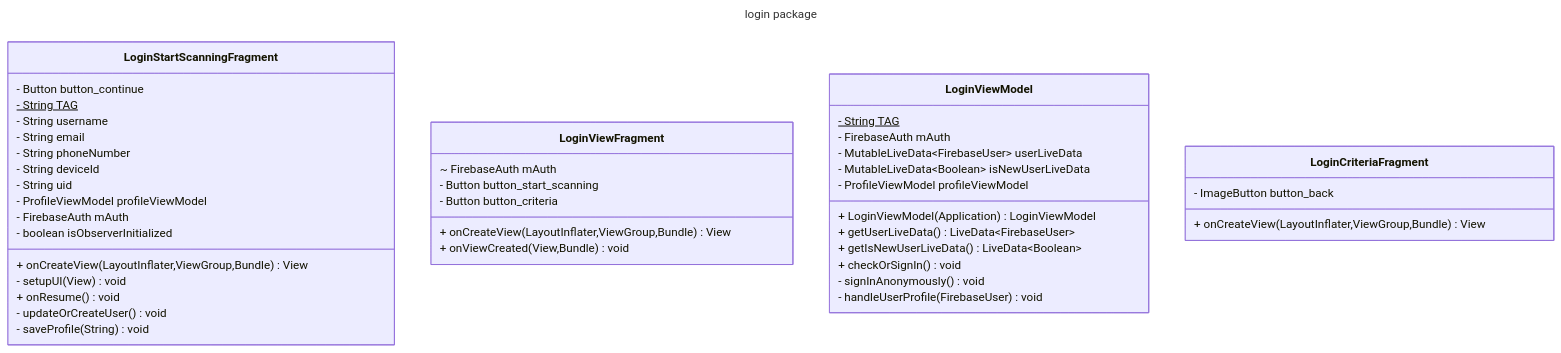
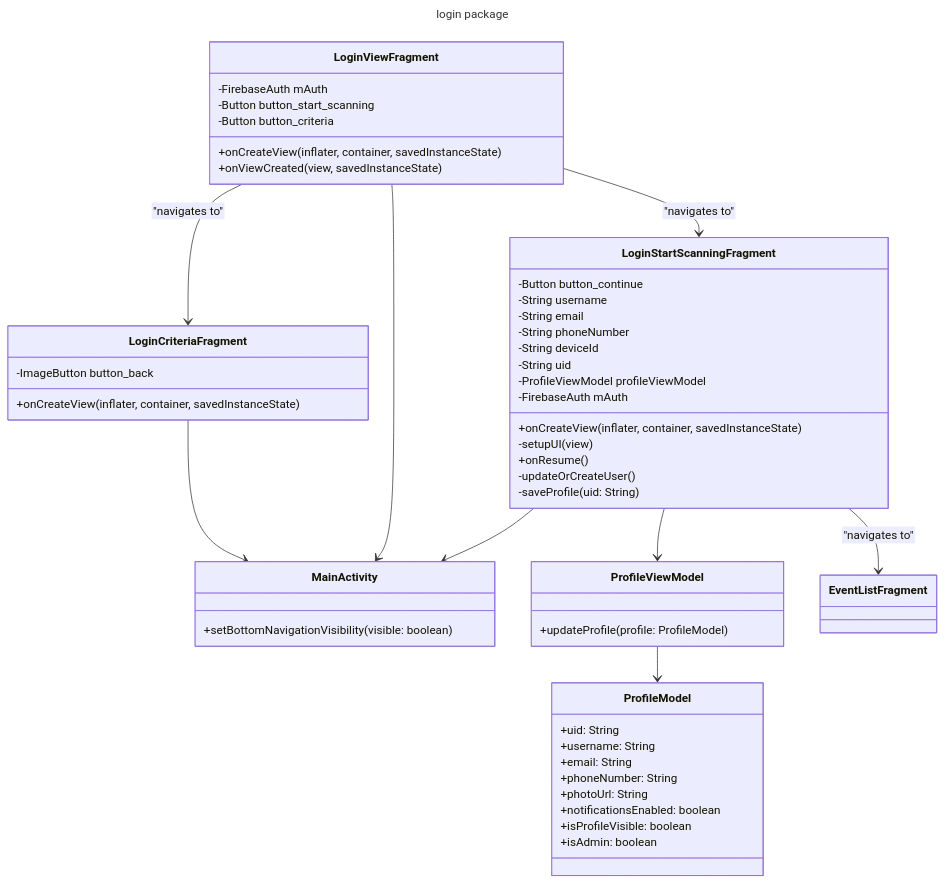
Before and after one commit to CMPUT301F25rocket/rocket-radar: the diagram in doc/uml/login.mmd, drawn with Mermaid.

Commit message:
docs: login.mmd

```diff
--- a/doc/uml/login.mmd
+++ b/doc/uml/login.mmd
@@ -1,51 +1,69 @@
 ---
 title: login package
 config:
   htmlLabels: false
 ---
 
 classDiagram
-class LoginStartScanningFragment { 
-- Button button_continue
-- String TAG$
-- String username
-- String email
-- String phoneNumber
-- String deviceId
-- String uid
-- ProfileViewModel profileViewModel
-- FirebaseAuth mAuth
-- boolean isObserverInitialized
-+ onCreateView(LayoutInflater,ViewGroup,Bundle) View 
-- setupUI(View) void 
-+ onResume() void 
-- updateOrCreateUser() void 
-- saveProfile(String) void 
-}
+    direction TB
 
-class LoginViewFragment { 
-~ FirebaseAuth mAuth
-- Button button_start_scanning
-- Button button_criteria
-+ onCreateView(LayoutInflater,ViewGroup,Bundle) View 
-+ onViewCreated(View,Bundle) void 
-}
+    class MainActivity {
+        +setBottomNavigationVisibility(visible: boolean)
+    }
 
-class LoginViewModel { 
-- String TAG$
-- FirebaseAuth mAuth
-- MutableLiveData~FirebaseUser~ userLiveData
-- MutableLiveData~Boolean~ isNewUserLiveData
-- ProfileViewModel profileViewModel
-+ LoginViewModel(Application) LoginViewModel 
-+ getUserLiveData() LiveData~FirebaseUser~ 
-+ getIsNewUserLiveData() LiveData~Boolean~ 
-+ checkOrSignIn() void 
-- signInAnonymously() void 
-- handleUserProfile(FirebaseUser) void 
-}
+    class LoginViewFragment {
+        -FirebaseAuth mAuth
+        -Button button_start_scanning
+        -Button button_criteria
+        +onCreateView(inflater, container, savedInstanceState)
+        +onViewCreated(view, savedInstanceState)
+    }
 
-class LoginCriteriaFragment { 
-- ImageButton button_back
-+ onCreateView(LayoutInflater,ViewGroup,Bundle) View 
-}
+    class LoginCriteriaFragment {
+        -ImageButton button_back
+        +onCreateView(inflater, container, savedInstanceState)
+    }
+
+    class LoginStartScanningFragment {
+        -Button button_continue
+        -String username
+        -String email
+        -String phoneNumber
+        -String deviceId
+        -String uid
+        -ProfileViewModel profileViewModel
+        -FirebaseAuth mAuth
+        +onCreateView(inflater, container, savedInstanceState)
+        -setupUI(view)
+        +onResume()
+        -updateOrCreateUser()
+        -saveProfile(uid: String)
+    }
+
+    class ProfileViewModel {
+        +updateProfile(profile: ProfileModel)
+    }
+
+    class ProfileModel {
+        +uid: String
+        +username: String
+        +email: String
+        +phoneNumber: String
+        +photoUrl: String
+        +notificationsEnabled: boolean
+        +isProfileVisible: boolean
+        +isAdmin: boolean
+    }
+
+    %% Relationships
+
+    LoginStartScanningFragment --> ProfileViewModel
+    ProfileViewModel --> ProfileModel
+
+    LoginCriteriaFragment --> MainActivity
+    LoginViewFragment --> MainActivity
+    LoginStartScanningFragment --> MainActivity
+
+    LoginViewFragment --> LoginCriteriaFragment : "navigates to"
+    LoginViewFragment --> LoginStartScanningFragment : "navigates to"
+    LoginStartScanningFragment --> EventListFragment : "navigates to"
```
